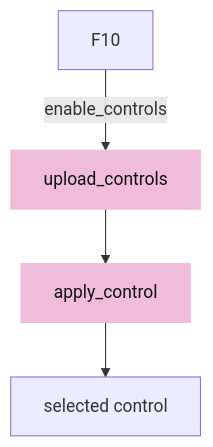
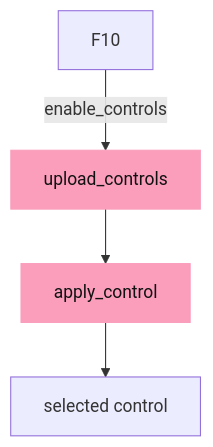
Before and after one commit to petrasvestartas/session: the seventh of 8 diagrams in session_viewer/docs/13-controls.md, drawn with Mermaid. The commit also changed other lines of this file and 328 other files, not shown here.

First line of the commit message:
Course: the palette you sent, and mermaid drawn like the drawings

````diff
--- a/session_viewer/docs/13-controls.md
+++ b/session_viewer/docs/13-controls.md
@@ -194,8 +194,8 @@
 ```mermaid
 flowchart TB
     F["F10"] -- "enable_controls" --> U["upload_controls"]
     U --> A["apply_control"]
     A --> S["selected control"]
-    style U fill:#f0bcdb,stroke:#f0bcdb,color:#111
-    style A fill:#f0bcdb,stroke:#f0bcdb,color:#111
+    style U fill:#fa9ebc,stroke:#fa9ebc,color:#111
+    style A fill:#fa9ebc,stroke:#fa9ebc,color:#111
 ```
````
